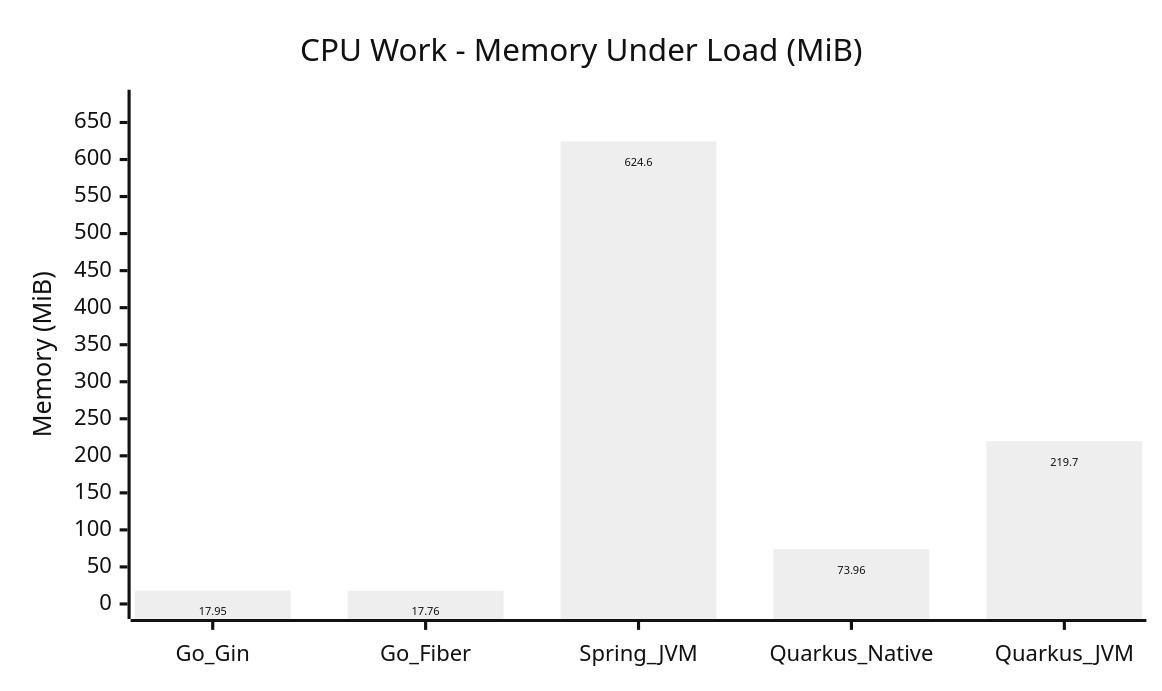
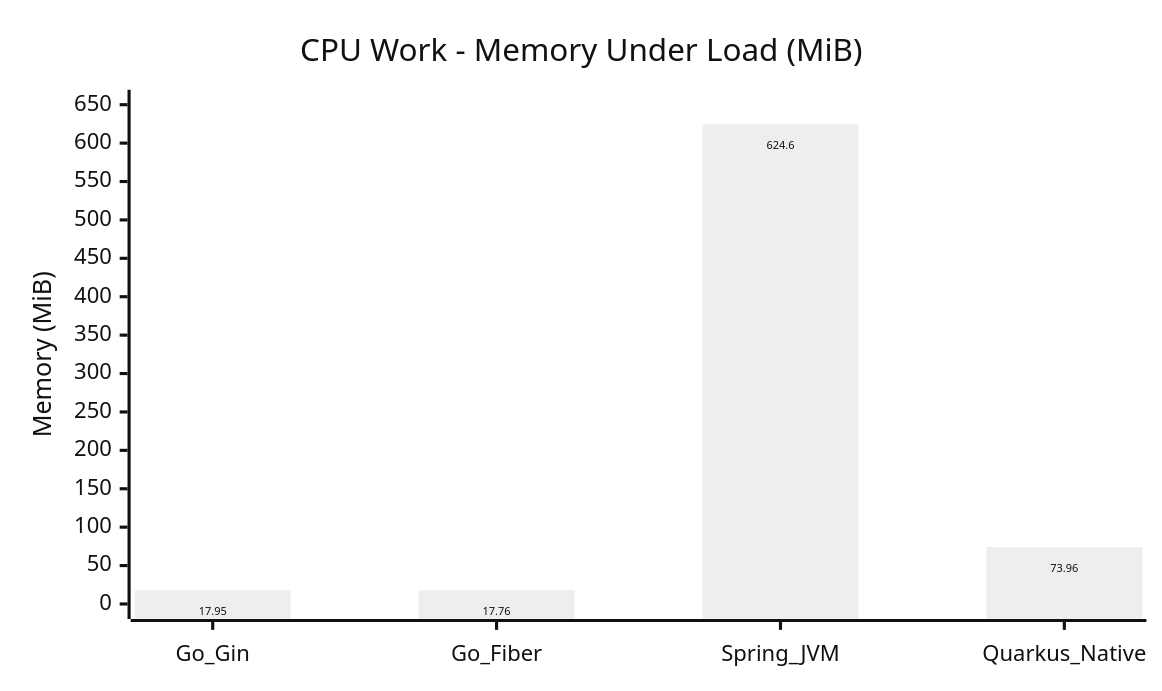
One commit to hiiamtin/go-vs-java changed diagram 12 of 15 in COMPARISON_REPORT.md. Above: the diagram before and after it, drawn with Mermaid (neutral theme). The commit also changed other lines of this file and 90 other files, not shown here.

Commit message:
Remove Quarkus JVM variant and refresh benchmark results

````diff
--- a/COMPARISON_REPORT.md
+++ b/COMPARISON_REPORT.md
@@ -217,14 +221,14 @@
 ```mermaid
 ---
 config:
   xyChart:
     width: 720
     height: 420
     showDataLabel: true
 ---
 xychart
     title "CPU Work - Memory Under Load (MiB)"
-    x-axis [Go_Gin, Go_Fiber, Spring_JVM, Quarkus_Native, Quarkus_JVM]
-    y-axis "Memory (MiB)" 0 --> 674
-    bar [17.95, 17.76, 624.6, 73.96, 219.7]
+    x-axis [Go_Gin, Go_Fiber, Spring_JVM, Quarkus_Native]
+    y-axis "Memory (MiB)" 0 --> 650
+    bar [17.95, 17.76, 624.6, 73.96]
 ```
````
